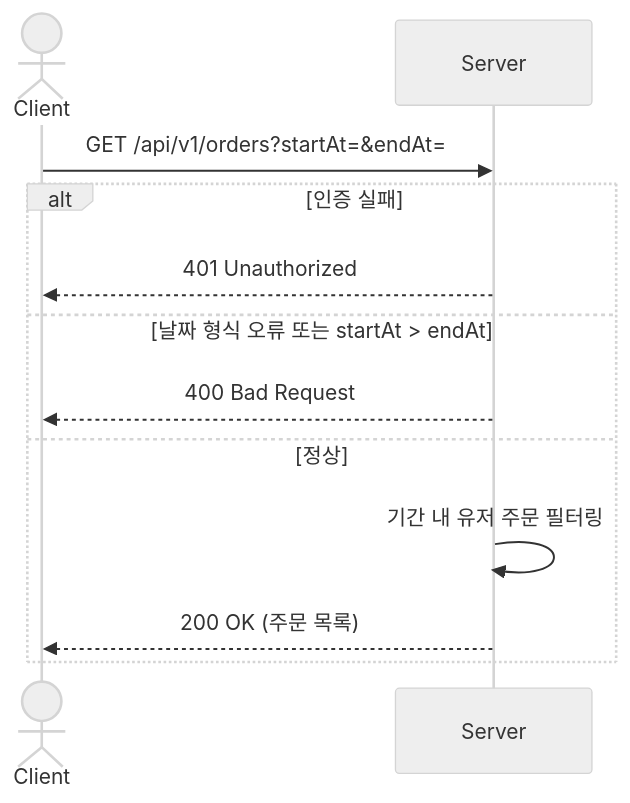
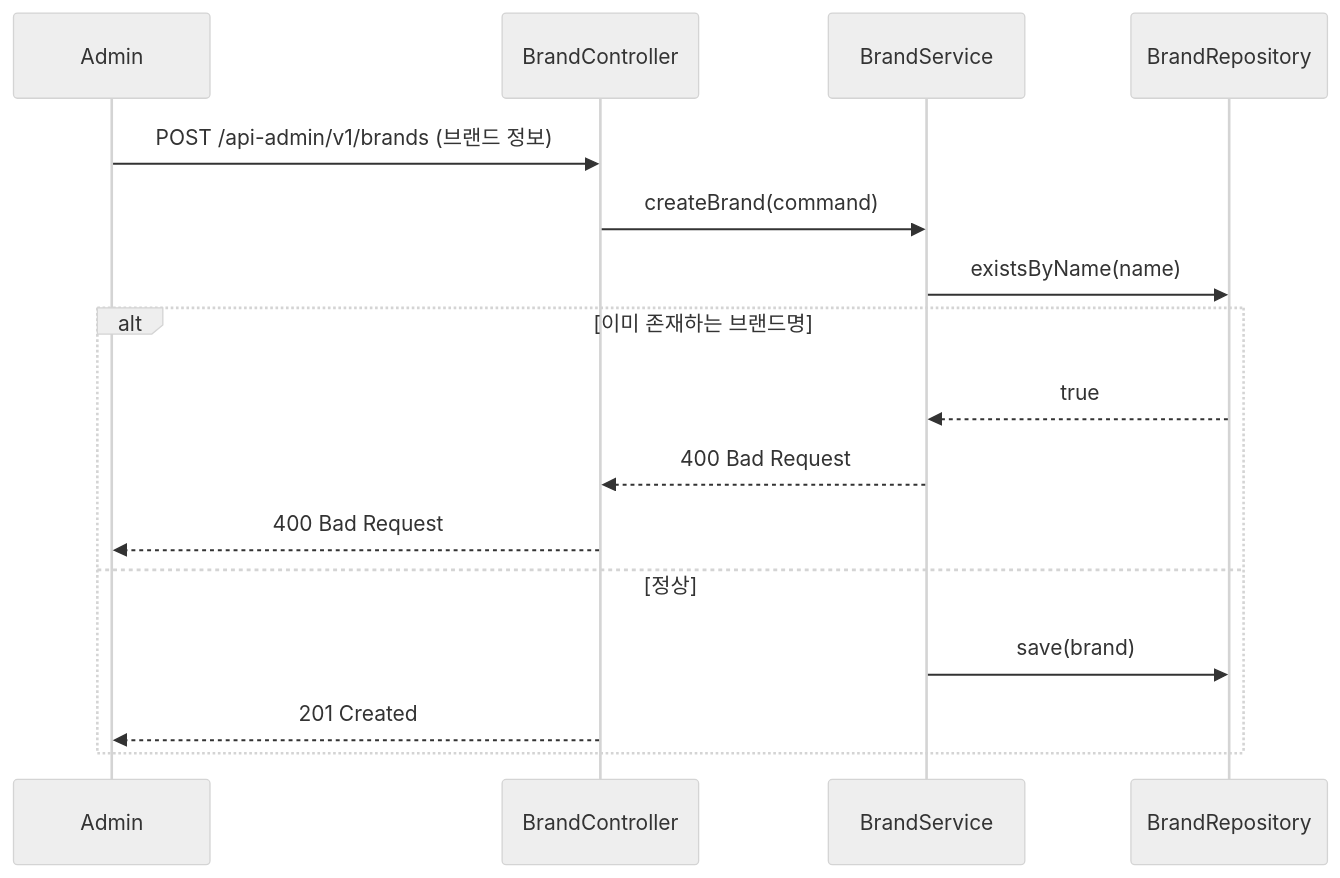
Before and after one commit to loopers-labs/loop-pack-be-l2-vol4-java: the eighth of 34 diagrams in .docs/design/sequence-diagrams.md, drawn with Mermaid (neutral theme). The commit also changed other lines of this file and 1 other file, not shown here.

Commit message:
fix: 관리자 모듈 지우고 각 브랜드&상품-어드민, 주문-어드민으로 분리 브랜드&상품 누락 유스케이스 추가 어드민 권한 확인 로직 main flow 에 추가

````diff
--- a/.docs/design/sequence-diagrams.md
+++ b/.docs/design/sequence-diagrams.md
@@ -199,15 +181,20 @@
 ```mermaid
 sequenceDiagram
-    actor Client
-    participant Server
+    participant Admin
+    participant BrandController
+    participant BrandService
+    participant BrandRepository
 
-    Client->>Server: GET /api/v1/orders?startAt=&endAt=
-    alt 인증 실패
-        Server-->>Client: 401 Unauthorized
-    else 날짜 형식 오류 또는 startAt > endAt
-        Server-->>Client: 400 Bad Request
+    Admin->>BrandController: POST /api-admin/v1/brands (브랜드 정보)
+    BrandController->>BrandService: createBrand(command)
+    BrandService->>BrandRepository: existsByName(name)
+
+    alt 이미 존재하는 브랜드명
+        BrandRepository-->>BrandService: true
+        BrandService-->>BrandController: 400 Bad Request
+        BrandController-->>Admin: 400 Bad Request
     else 정상
-        Server->>Server: 기간 내 유저 주문 필터링
-        Server-->>Client: 200 OK (주문 목록)
+        BrandService->>BrandRepository: save(brand)
+        BrandController-->>Admin: 201 Created
     end
 ```
````
